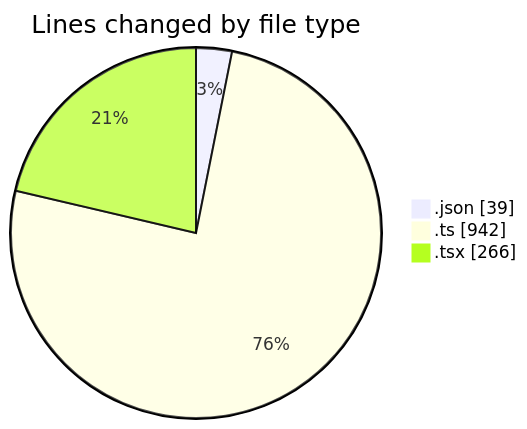
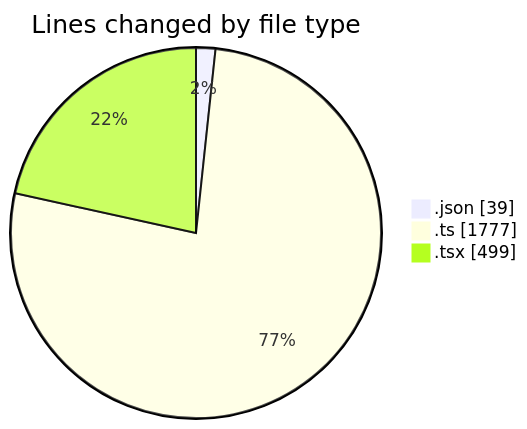
One commit to lephambinh05/code-tracking changed the first of 2 diagrams in 2025-09-13/napxuvn/README.md. Above: the diagram before and after it, drawn with Mermaid. The commit also changed other lines of this file and 1 other file, not shown here.

````diff
--- a/2025-09-13/napxuvn/README.md
+++ b/2025-09-13/napxuvn/README.md
@@ -27,7 +30,7 @@
 ```mermaid
 pie showData
 title Lines changed by file type
 ".json" : 39
-".ts" : 942
-".tsx" : 266
+".ts" : 1777
+".tsx" : 499
 ```
````
